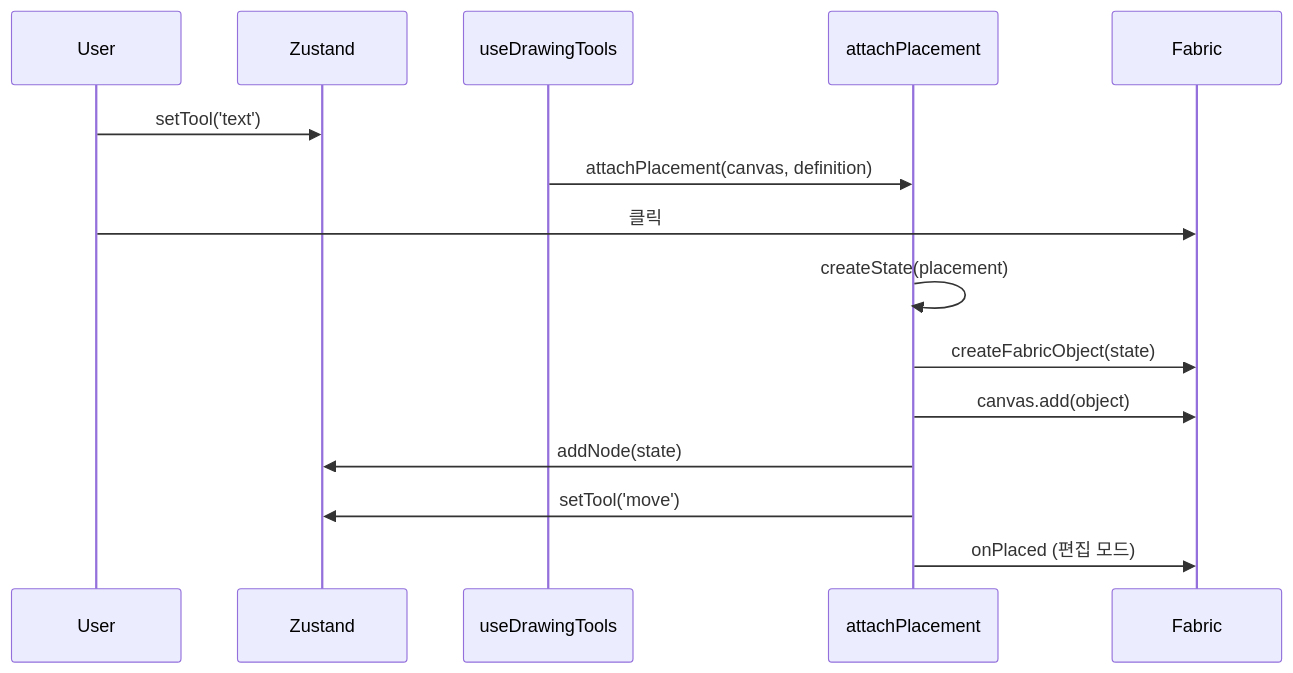
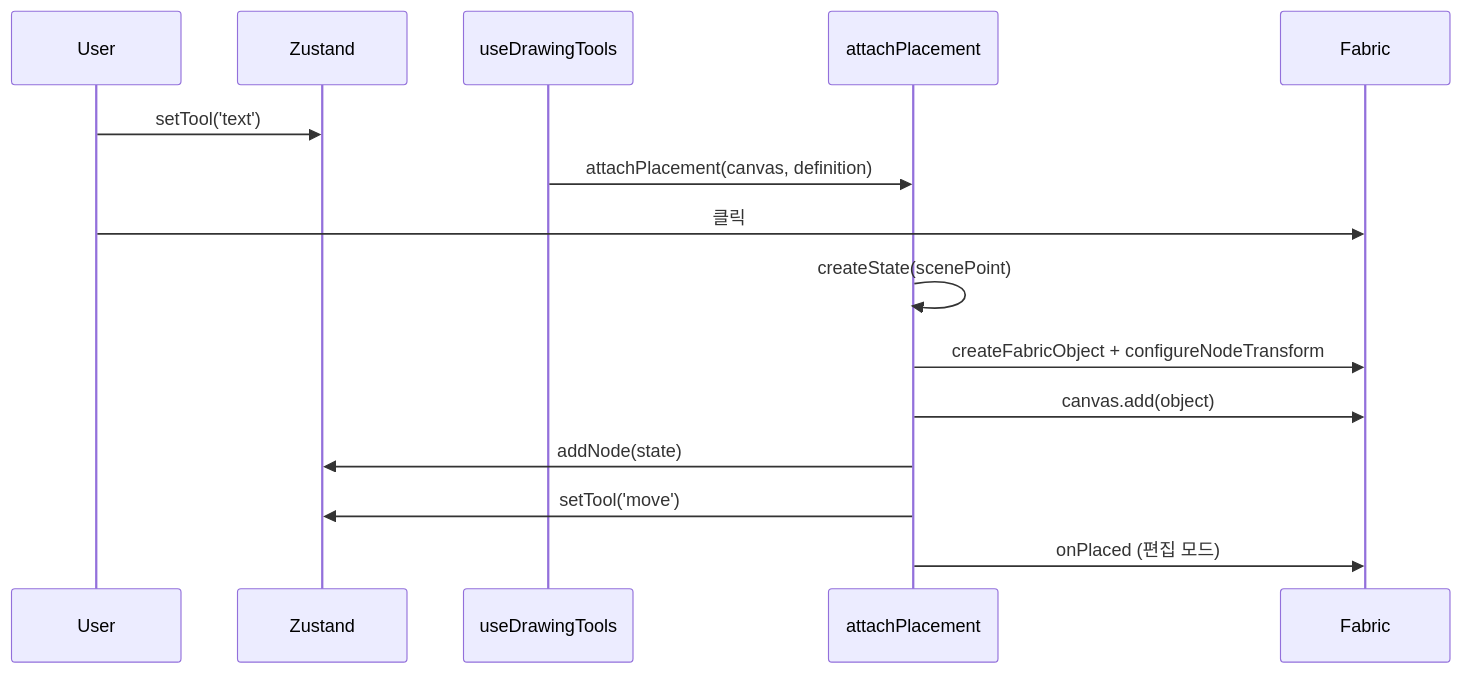
One commit to ToKyun02/canvas changed the diagram in apps/docs/guide/adding-nodes.md. Above: the diagram before and after it, drawn with Mermaid. The commit also changed other lines of this file and 9 other files, not shown here.

````diff
--- a/apps/docs/guide/adding-nodes.md
+++ b/apps/docs/guide/adding-nodes.md
@@ -86,18 +86,18 @@
 ```mermaid
 sequenceDiagram
   participant User
   participant Store as Zustand
   participant Hook as useDrawingTools
   participant Placement as attachPlacement
   participant Fabric
 
   User->>Store: setTool('text')
   Hook->>Placement: attachPlacement(canvas, definition)
   User->>Fabric: 클릭
-  Placement->>Placement: createState(placement)
-  Placement->>Fabric: createFabricObject(state)
+  Placement->>Placement: createState(scenePoint)
+  Placement->>Fabric: createFabricObject + configureNodeTransform
   Placement->>Fabric: canvas.add(object)
   Placement->>Store: addNode(state)
   Placement->>Store: setTool('move')
   Placement->>Fabric: onPlaced (편집 모드)
 ```
````
